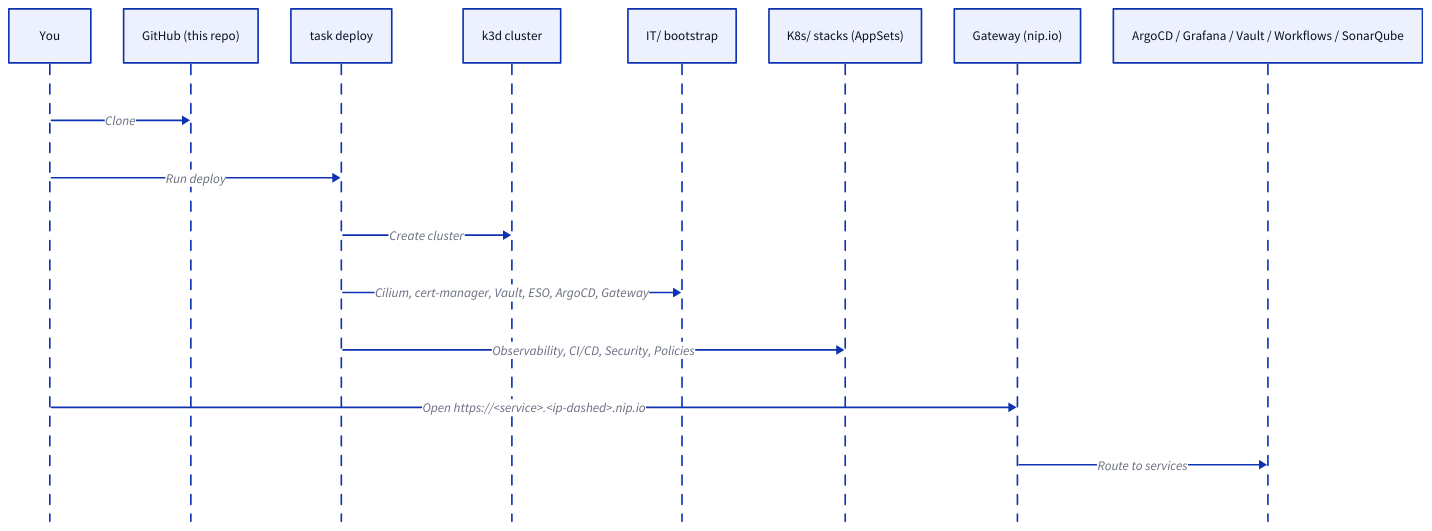
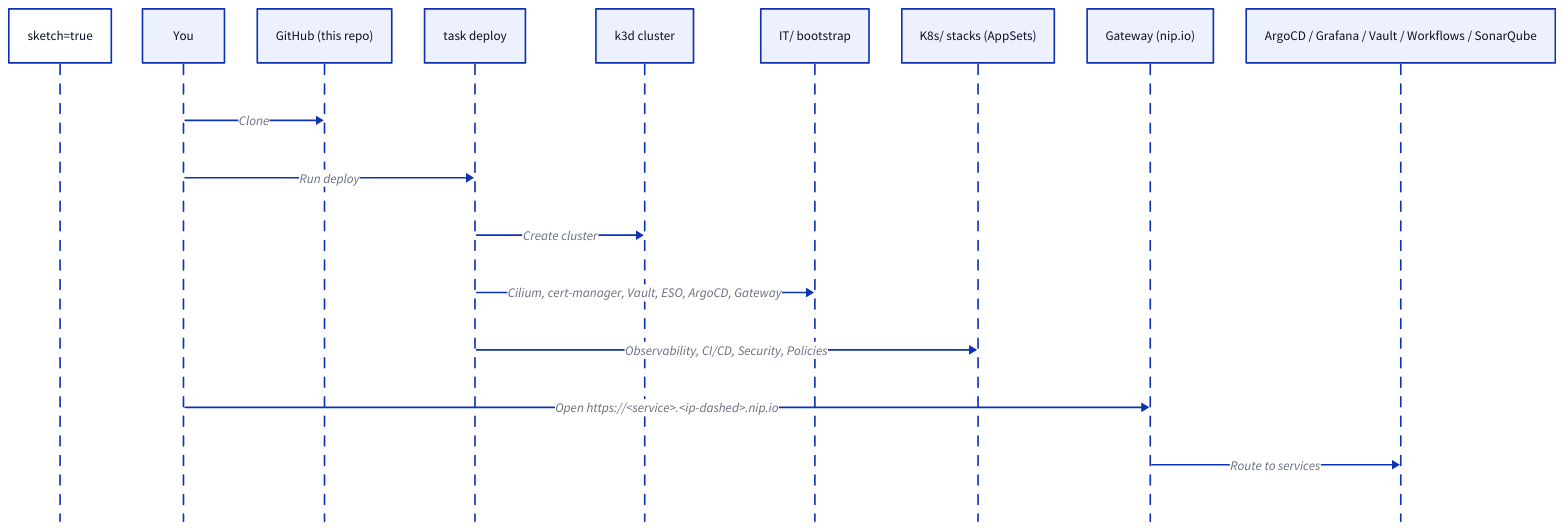
One commit to rou-cru/idp-blueprint changed the diagram in Docs/getting-started/quickstart.md. Above: the diagram before and after it, drawn with D2. The commit also changed 7 other files, not shown here.

````diff
--- a/Docs/getting-started/quickstart.md
+++ b/Docs/getting-started/quickstart.md
@@ -64,19 +64,20 @@
 ```d2
 shape: sequence_diagram
+sketch=true
 User: You
 Repo: GitHub (this repo)
 Task: task deploy
 K3d: k3d cluster
 IT: IT/ bootstrap
 Stacks: K8s/ stacks (AppSets)
 GW: Gateway (nip.io)
 UIs: ArgoCD / Grafana / Vault / Workflows / SonarQube
 
 User -> Repo: Clone
 User -> Task: Run deploy
 Task -> K3d: Create cluster
 Task -> IT: Cilium, cert-manager, Vault, ESO, ArgoCD, Gateway
 Task -> Stacks: Observability, CI/CD, Security, Policies
 User -> GW: Open https://<service>.<ip-dashed>.nip.io
 GW -> UIs: Route to services
 ```
````
